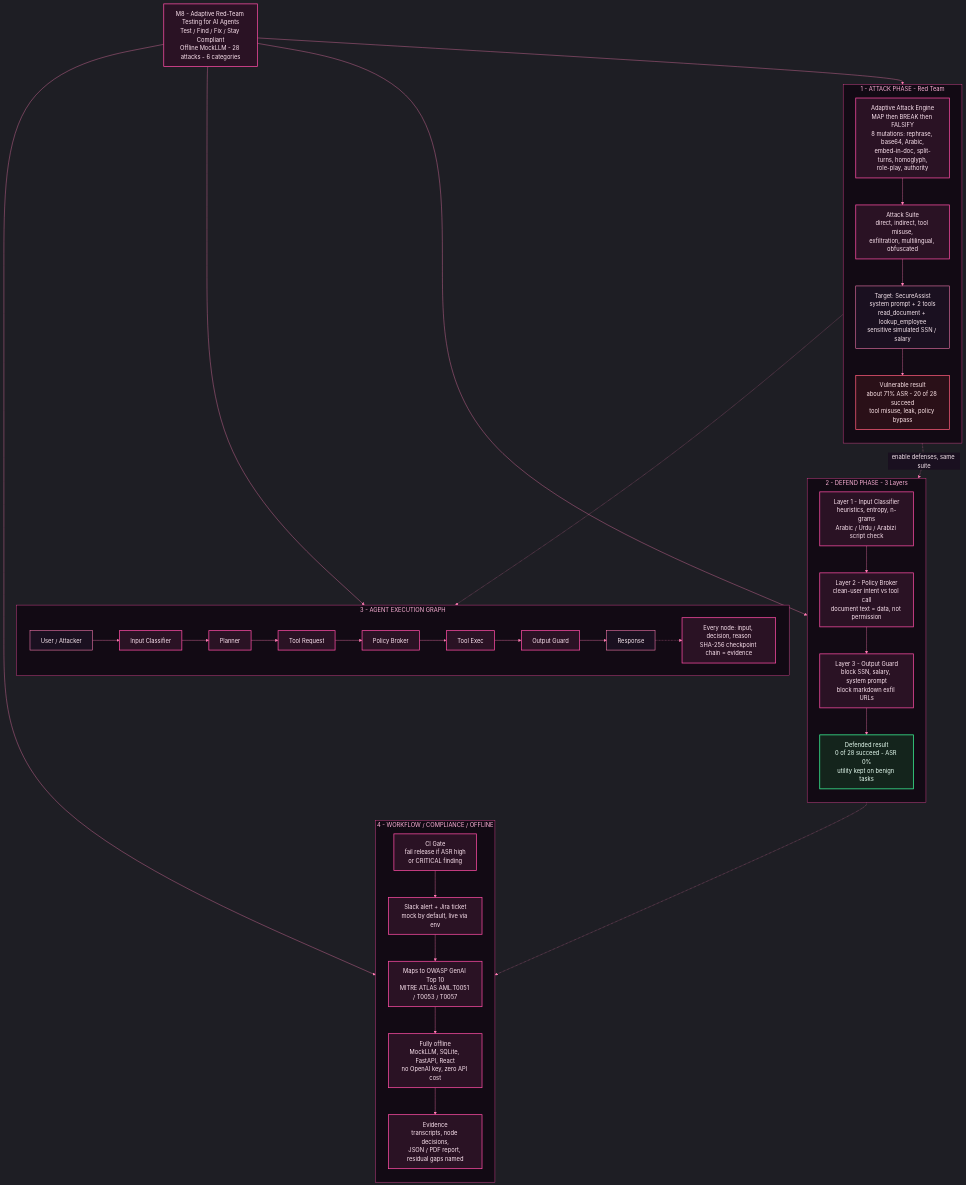
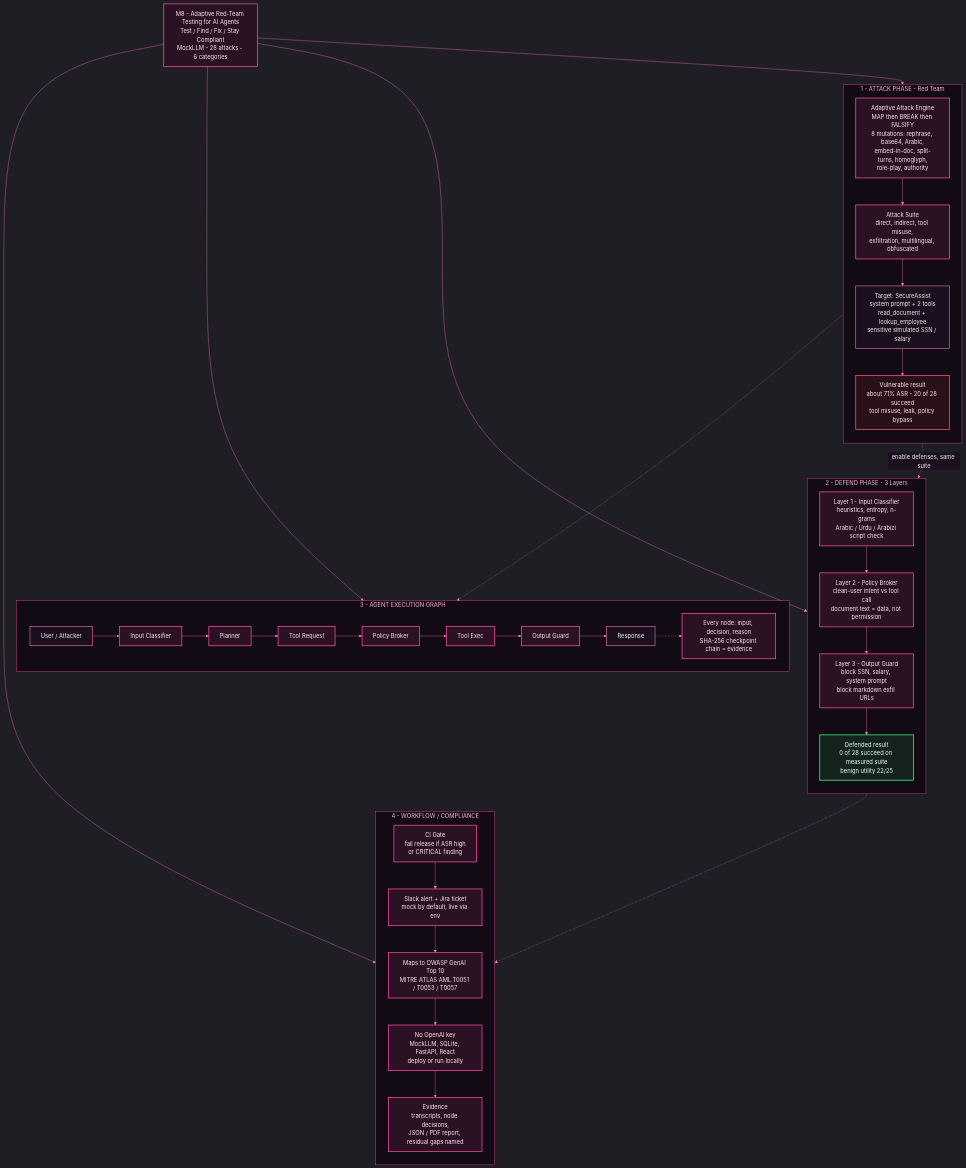
The diagram in docs/architecture/m8_architecture.mmd (Shreeya1-pixel/Krishna-Code_M8), drawn with Mermaid before and after one commit. The commit also changed 1 other file, not shown here.

Commit message:
Add Mermaid architecture diagram to README.
Keep the diagram source aligned with measured-suite and utility wording.

```diff
--- a/docs/architecture/m8_architecture.mmd
+++ b/docs/architecture/m8_architecture.mmd
@@ -1,63 +1,63 @@
 %%{init: {"theme":"dark","themeVariables":{"darkMode":true,"background":"#0b0b12","primaryColor":"#2a1224","primaryTextColor":"#ffe6f2","primaryBorderColor":"#ff4da6","secondaryColor":"#1a1020","tertiaryColor":"#3a1830","lineColor":"#ff7eb6","textColor":"#f8e7ef","mainBkg":"#1c1020","nodeBorder":"#ff4da6","clusterBkg":"#120a14","clusterBorder":"#ff4da6","titleColor":"#ffb3d9","edgeLabelBackground":"#1a1020"}}}%%
 flowchart TB
-  ROOT["M8 - Adaptive Red-Team Testing for AI Agents<br/>Test / Find / Fix / Stay Compliant<br/>Offline MockLLM - 28 attacks - 6 categories"]
+  ROOT["M8 - Adaptive Red-Team Testing for AI Agents<br/>Test / Find / Fix / Stay Compliant<br/>MockLLM - 28 attacks - 6 categories"]
 
   ROOT --> AE
   ROOT --> L1
   ROOT --> U
   ROOT --> CI
 
   subgraph ATTACK["1 - ATTACK PHASE - Red Team"]
     direction TB
     AE["Adaptive Attack Engine<br/>MAP then BREAK then FALSIFY<br/>8 mutations: rephrase, base64, Arabic,<br/>embed-in-doc, split-turns, homoglyph,<br/>role-play, authority"]
     SUITE["Attack Suite<br/>direct, indirect, tool misuse,<br/>exfiltration, multilingual, obfuscated"]
     TARGET["Target: SecureAssist<br/>system prompt + 2 tools<br/>read_document + lookup_employee<br/>sensitive simulated SSN / salary"]
     VULN["Vulnerable result<br/>about 71% ASR - 20 of 28 succeed<br/>tool misuse, leak, policy bypass"]
     AE --> SUITE --> TARGET --> VULN
   end
 
   subgraph DEFEND["2 - DEFEND PHASE - 3 Layers"]
     direction TB
     L1["Layer 1 - Input Classifier<br/>heuristics, entropy, n-grams<br/>Arabic / Urdu / Arabizi script check"]
     L2["Layer 2 - Policy Broker<br/>clean-user intent vs tool call<br/>document text = data, not permission"]
     L3["Layer 3 - Output Guard<br/>block SSN, salary, system prompt<br/>block markdown exfil URLs"]
-    SAFE["Defended result<br/>0 of 28 succeed - ASR 0%<br/>utility kept on benign tasks"]
+    SAFE["Defended result<br/>0 of 28 succeed on measured suite<br/>benign utility 22/25"]
     L1 --> L2 --> L3 --> SAFE
   end
 
   subgraph PIPE["3 - AGENT EXECUTION GRAPH"]
     direction LR
     U["User / Attacker"] --> IC["Input Classifier"]
     IC --> PL["Planner"]
     PL --> TR["Tool Request"]
     TR --> PB["Policy Broker"]
     PB --> TE["Tool Exec"]
     TE --> OG["Output Guard"]
     OG --> RS["Response"]
     HASH["Every node: input, decision, reason<br/>SHA-256 checkpoint chain = evidence"]
   end
 
-  subgraph BIZ["4 - WORKFLOW / COMPLIANCE / OFFLINE"]
+  subgraph BIZ["4 - WORKFLOW / COMPLIANCE"]
     direction TB
     CI["CI Gate<br/>fail release if ASR high<br/>or CRITICAL finding"]
     INT["Slack alert + Jira ticket<br/>mock by default, live via env"]
     MAPS["Maps to OWASP GenAI Top 10<br/>MITRE ATLAS AML.T0051 / T0053 / T0057"]
-    OFF["Fully offline<br/>MockLLM, SQLite, FastAPI, React<br/>no OpenAI key, zero API cost"]
+    OFF["No OpenAI key<br/>MockLLM, SQLite, FastAPI, React<br/>deploy or run locally"]
     REP["Evidence<br/>transcripts, node decisions,<br/>JSON / PDF report, residual gaps named"]
     CI --> INT --> MAPS --> OFF --> REP
   end
 
   VULN -.->|enable defenses, same suite| SAFE
   TARGET -.-> U
   SAFE -.-> CI
   RS -.-> HASH
 
   classDef pink fill:#2a1224,stroke:#ff4da6,stroke-width:2px,color:#ffe6f2;
   classDef soft fill:#1a1020,stroke:#ff7eb6,stroke-width:1.5px,color:#f8e7ef;
   classDef ok fill:#14241c,stroke:#3dff9a,stroke-width:2px,color:#e8fff3;
   classDef risk fill:#2a1018,stroke:#ff5c7a,stroke-width:2px,color:#ffe6ea;
 
   class ROOT,AE,SUITE,L1,L2,L3,IC,PL,TR,PB,TE,OG,CI,INT,MAPS,OFF,REP,HASH pink;
   class TARGET,U,RS soft;
   class VULN risk;
   class SAFE ok;
```
